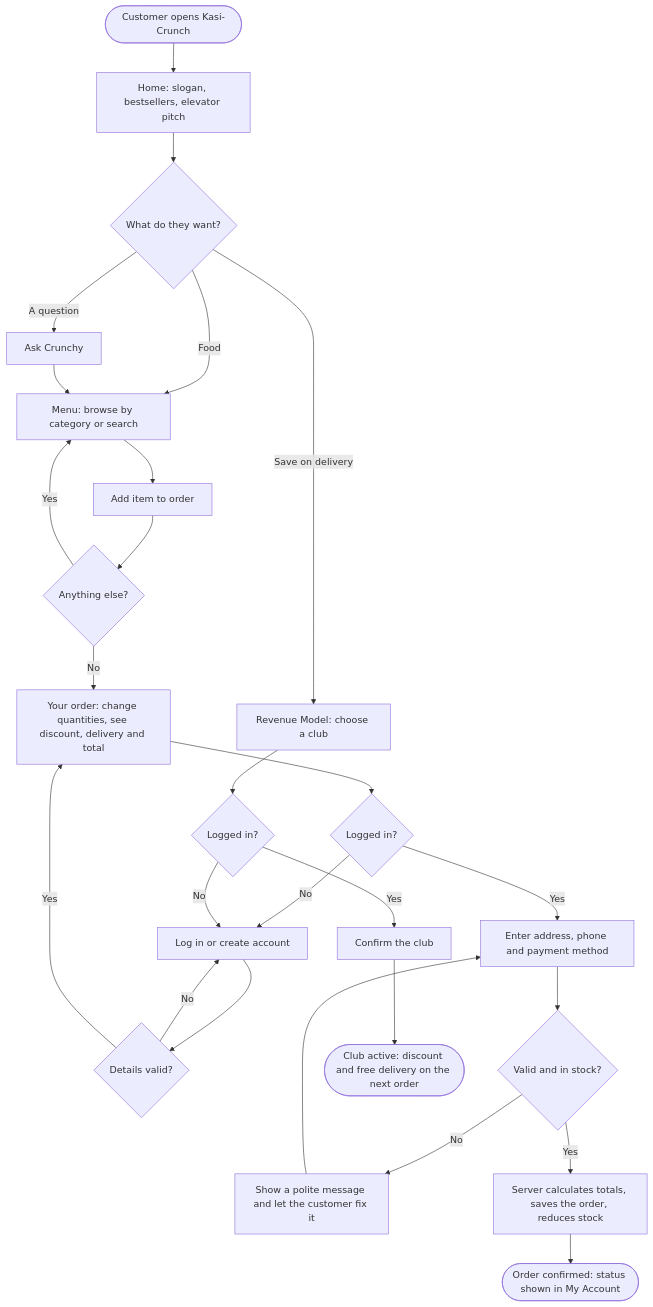
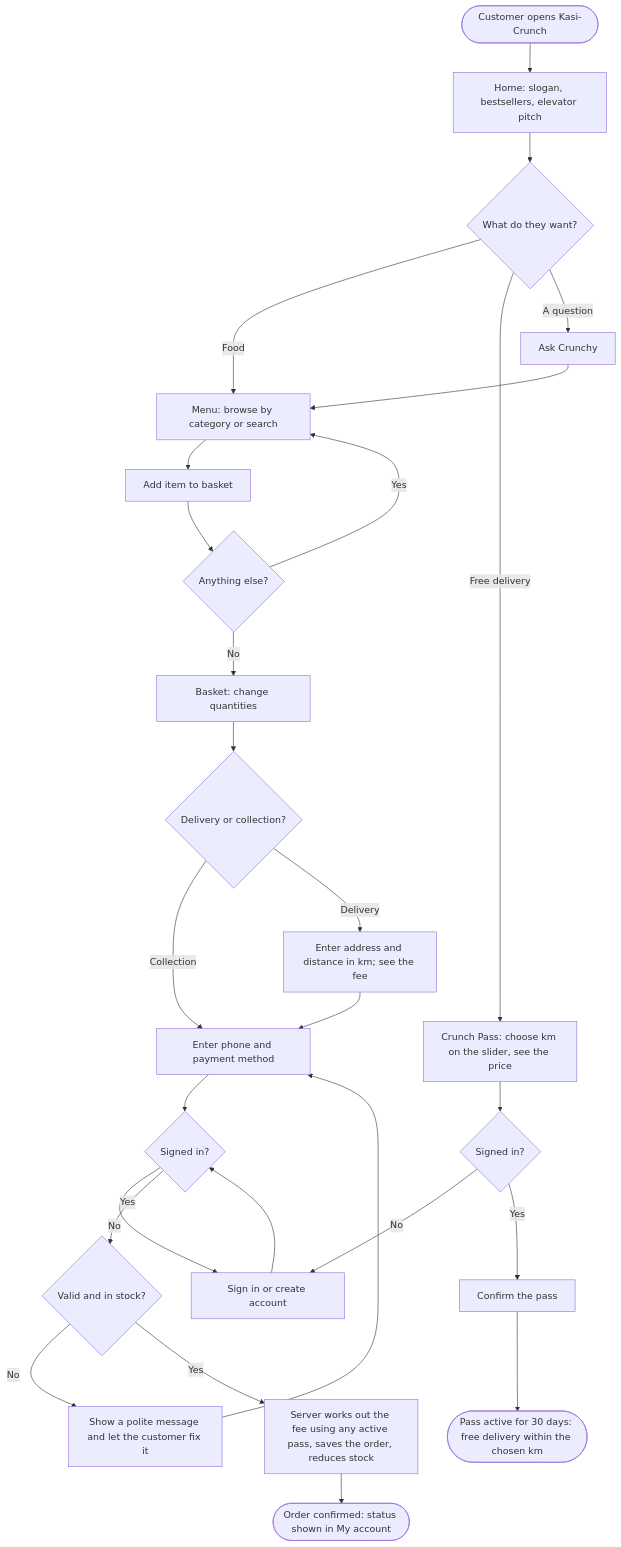
One commit to Responcebility/CloudStore changed the diagram in docs/design.md. Above: the diagram before and after it, drawn with Mermaid. The commit also changed other lines of this file and 60 other files, not shown here.

First line of the commit message:
Light redesign, photo menu, per-km delivery and Crunch Pass

````diff
--- a/docs/design.md
+++ b/docs/design.md
@@ -81,28 +89,29 @@
 ```mermaid
 flowchart TD
     A([Customer opens Kasi-Crunch]) --> B[Home: slogan, bestsellers, elevator pitch]
     B --> C{What do they want?}
     C -->|Food| D[Menu: browse by category or search]
-    C -->|Save on delivery| P[Revenue Model: choose a club]
+    C -->|Free delivery| P[Crunch Pass: choose km on the slider, see the price]
     C -->|A question| Q[Ask Crunchy]
     Q --> D
-    D --> E[Add item to order]
+    D --> E[Add item to basket]
     E --> F{Anything else?}
     F -->|Yes| D
-    F -->|No| G[Your order: change quantities, see discount, delivery and total]
-    G --> H{Logged in?}
-    H -->|No| I[Log in or create account]
-    I --> J{Details valid?}
-    J -->|No| I
-    J -->|Yes| G
-    H -->|Yes| K[Enter address, phone and payment method]
-    K --> L{Valid and in stock?}
-    L -->|No| M[Show a polite message and let the customer fix it]
+    F -->|No| G[Basket: change quantities]
+    G --> H{Delivery or collection?}
+    H -->|Collection| K[Enter phone and payment method]
+    H -->|Delivery| L[Enter address and distance in km; see the fee]
+    L --> K
+    K --> S{Signed in?}
+    S -->|No| I[Sign in or create account]
+    I --> S
+    S -->|Yes| V{Valid and in stock?}
+    V -->|No| M[Show a polite message and let the customer fix it]
     M --> K
-    L -->|Yes| N[Server calculates totals, saves the order, reduces stock]
-    N --> O([Order confirmed: status shown in My Account])
-    P --> H2{Logged in?}
-    H2 -->|No| I
-    H2 -->|Yes| R[Confirm the club]
-    R --> S([Club active: discount and free delivery on the next order])
+    V -->|Yes| N[Server works out the fee using any active pass, saves the order, reduces stock]
+    N --> O([Order confirmed: status shown in My account])
+    P --> S2{Signed in?}
+    S2 -->|No| I
+    S2 -->|Yes| R[Confirm the pass]
+    R --> T([Pass active for 30 days: free delivery within the chosen km])
 ```
````
